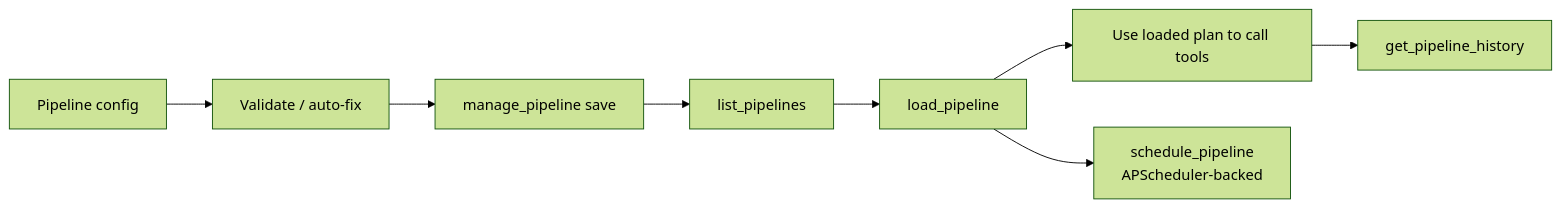
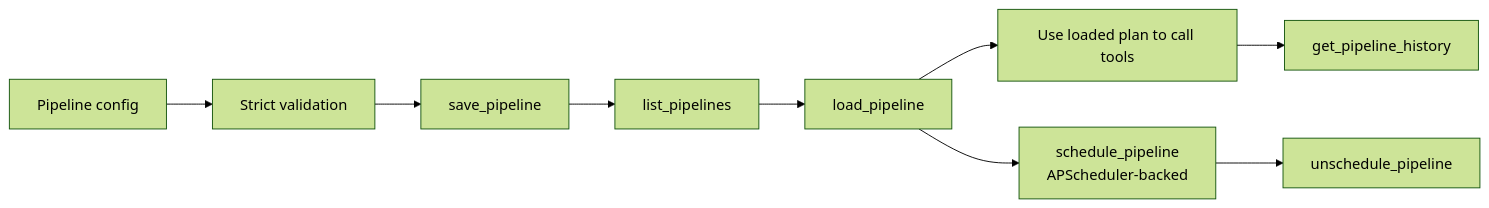
Before and after one commit to u9401066/pubmed-search-mcp: diagram 11 of 13 in ARCHITECTURE.md, drawn with Mermaid (forest theme). The commit also changed other lines of this file and 24 other files, not shown here.

Commit message:
docs: update primary user and architecture guides

````diff
--- a/ARCHITECTURE.md
+++ b/ARCHITECTURE.md
@@ -625,18 +621,20 @@
 ```mermaid
 flowchart LR
   Draft[Pipeline config]
-  Validate[Validate / auto-fix]
-  Save[manage_pipeline save]
+  Validate[Strict validation]
+  Save[save_pipeline]
   List[list_pipelines]
   Load[load_pipeline]
   Execute[Use loaded plan to call tools]
   History[get_pipeline_history]
   Schedule[schedule_pipeline<br/>APScheduler-backed]
+  Unschedule[unschedule_pipeline]
 
   Draft --> Validate --> Save
   Save --> List
   List --> Load
   Load --> Execute
   Execute --> History
   Load --> Schedule
+  Schedule --> Unschedule
 ```
````
